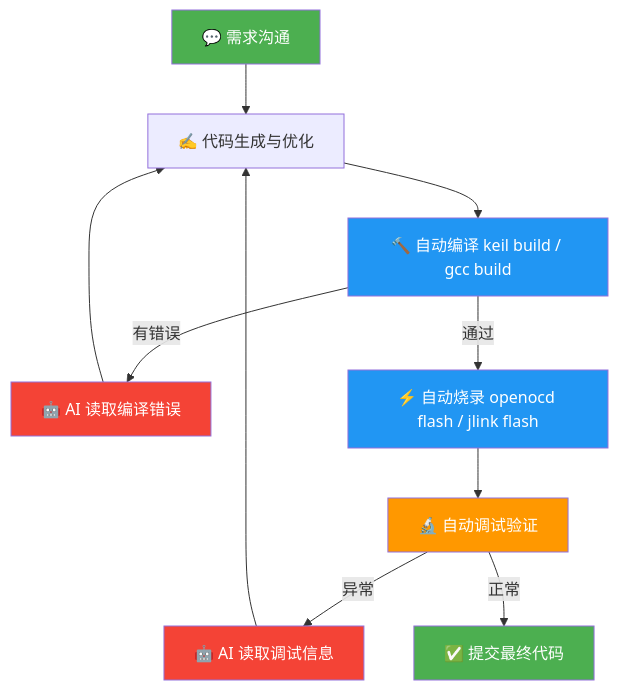
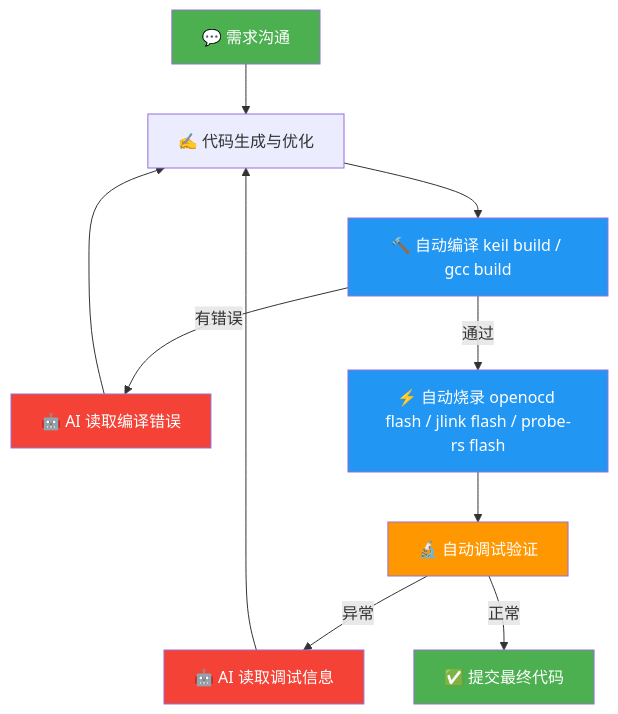
Before and after one commit to zhinkgit/embeddedskills: the first of 2 diagrams in README.md, drawn with Mermaid. The commit also changed other lines of this file and 13 other files, not shown here.

````diff
--- a/README.md
+++ b/README.md
@@ -39,20 +39,20 @@
 ```mermaid
 flowchart TD
     A["💬 需求沟通"] --> B["✍️ 代码生成与优化"]
     B --> C["🔨 自动编译 keil build / gcc build"]
     C -->|有错误| D["🤖 AI 读取编译错误"]
     D --> B
-    C -->|通过| E["⚡ 自动烧录 openоcd flash / jlink flash"]
+    C -->|通过| E["⚡ 自动烧录 openоcd flash / jlink flash / probe-rs flash"]
     E --> F["🔬 自动调试验证"]
     F -->|异常| G["🤖 AI 读取调试信息"]
     G --> B
     F -->|正常| H["✅ 提交最终代码"]
 
     style A fill:#4CAF50,color:#fff
     style H fill:#4CAF50,color:#fff
     style C fill:#2196F3,color:#fff
     style E fill:#2196F3,color:#fff
     style F fill:#FF9800,color:#fff
     style D fill:#f44336,color:#fff
     style G fill:#f44336,color:#fff
 ```
````
